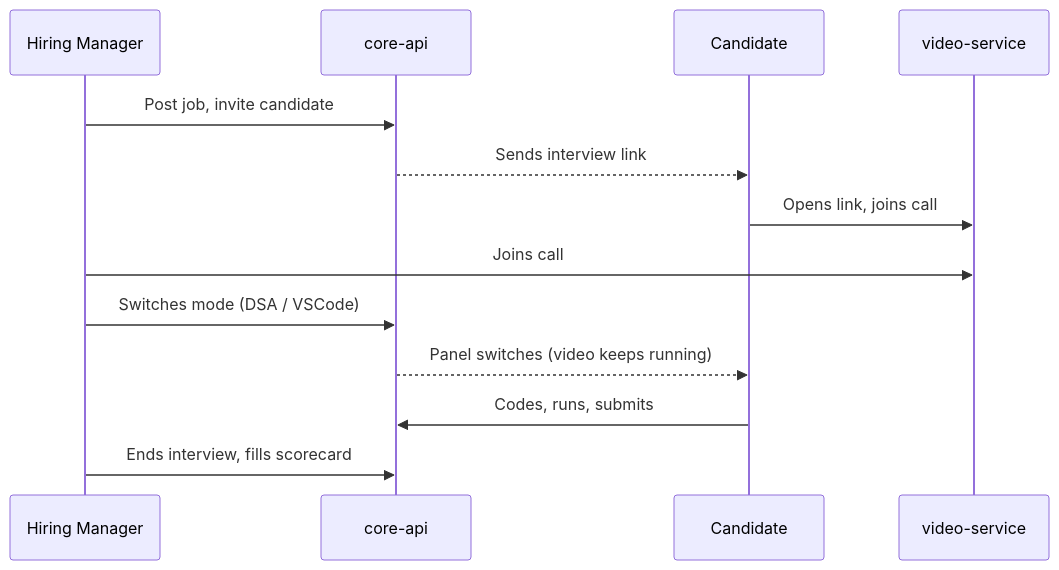
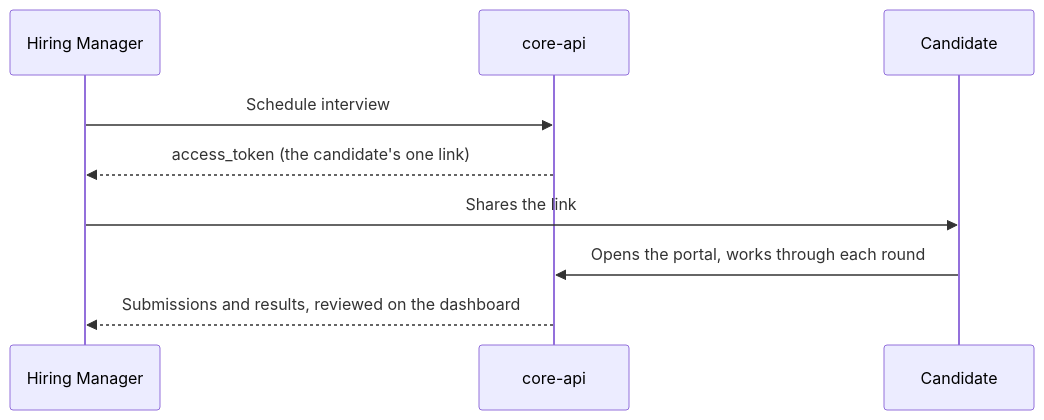
The second of 2 diagrams in README.md (Umer-2612/platform), drawn with Mermaid before and after one commit. The commit also changed other lines of this file, not shown here.

````diff
--- a/README.md
+++ b/README.md
@@ -169,16 +136,12 @@
 ```mermaid
 sequenceDiagram
     participant HM as Hiring Manager
     participant Core as core-api
     participant Cand as Candidate
-    participant Vid as video-service
 
-    HM->>Core: Post job, invite candidate
-    Core-->>Cand: Sends interview link
-    Cand->>Vid: Opens link, joins call
-    HM->>Vid: Joins call
-    HM->>Core: Switches mode (DSA / VSCode)
-    Core-->>Cand: Panel switches (video keeps running)
-    Cand->>Core: Codes, runs, submits
-    HM->>Core: Ends interview, fills scorecard
+    HM->>Core: Schedule interview
+    Core-->>HM: access_token (the candidate's one link)
+    HM->>Cand: Shares the link
+    Cand->>Core: Opens the portal, works through each round
+    Core-->>HM: Submissions and results, reviewed on the dashboard
 ```
````
